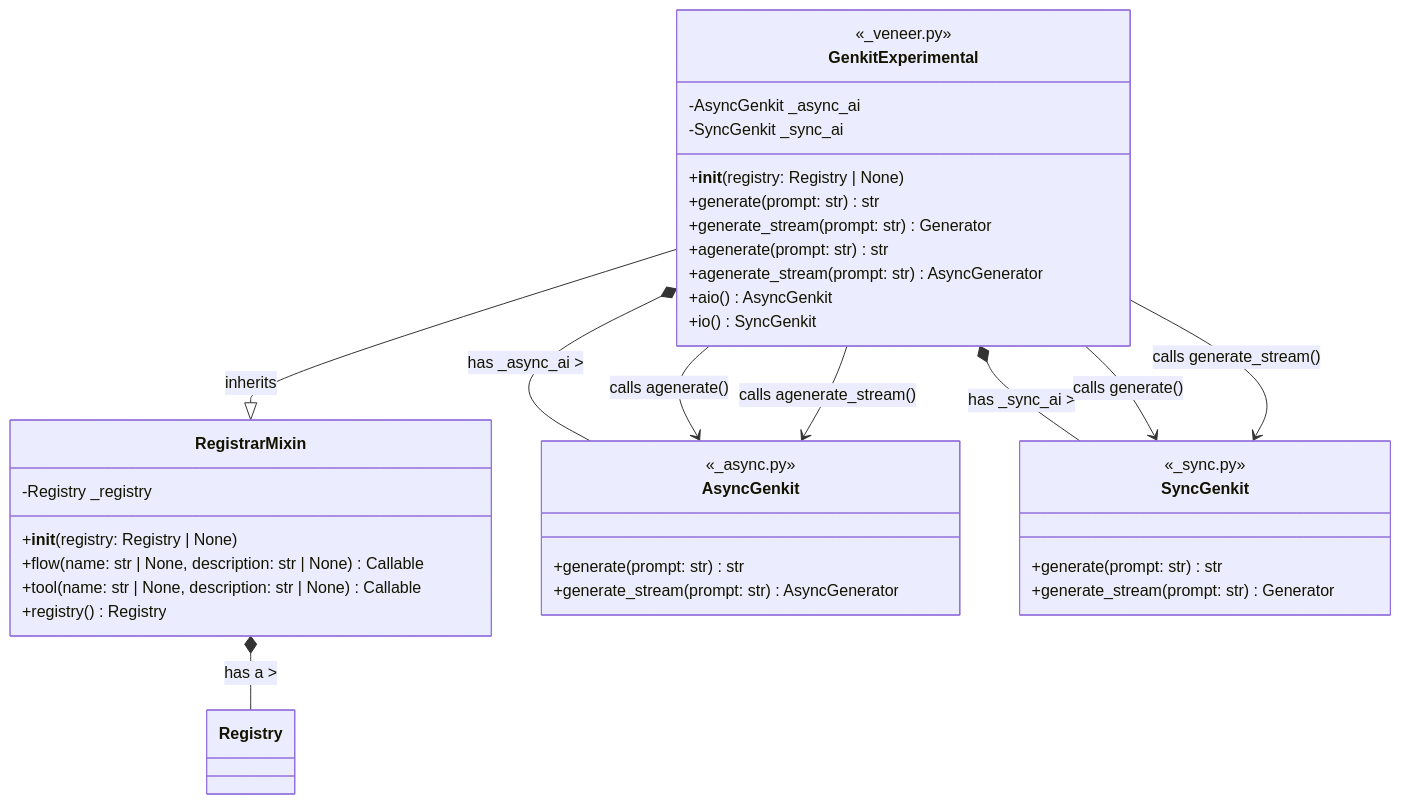
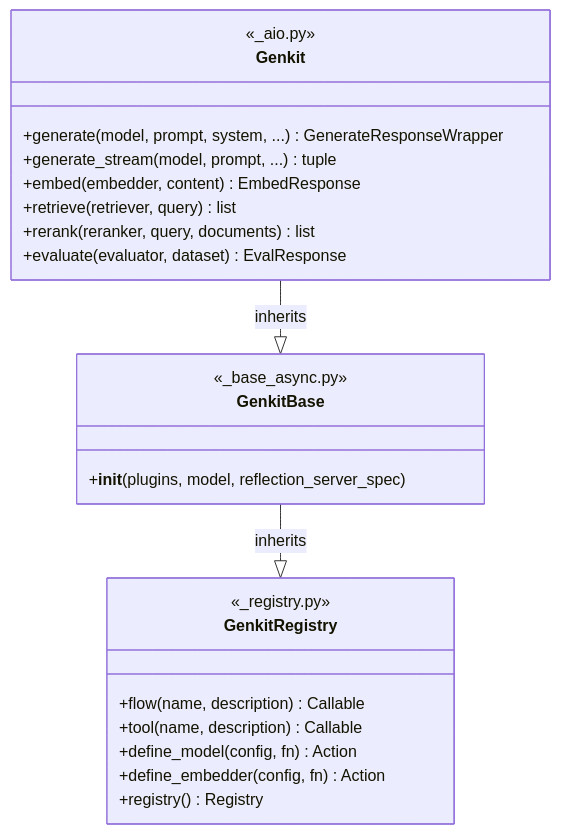
The diagram in engdoc/extending/api.md (genkit-ai/genkit-python), drawn with Mermaid before and after one commit. The commit also changed other lines of this file and 32 other files, not shown here.

````diff
--- a/engdoc/extending/api.md
+++ b/engdoc/extending/api.md
@@ -273,49 +192,29 @@
 ```mermaid
 classDiagram
-    class RegistrarMixin {
-        -Registry _registry
-        +__init__(registry: Registry | None)
-        +flow(name: str | None, description: str | None) Callable
-        +tool(name: str | None, description: str | None) Callable
+    class GenkitRegistry {
+        <<_registry.py>>
+        +flow(name, description) Callable
+        +tool(name, description) Callable
+        +define_model(config, fn) Action
+        +define_embedder(config, fn) Action
         +registry() Registry
     }
 
-    class Registry {
-        %% Placeholder for Registry type %%
+    class GenkitBase {
+        <<_base_async.py>>
+        +__init__(plugins, model, reflection_server_spec)
     }
 
-    class AsyncGenkit {
-        <<_async.py>>
-        +generate(prompt: str) str
-        +generate_stream(prompt: str) AsyncGenerator
+    class Genkit {
+        <<_aio.py>>
+        +generate(model, prompt, system, ...) GenerateResponseWrapper
+        +generate_stream(model, prompt, ...) tuple
+        +embed(embedder, content) EmbedResponse
+        +retrieve(retriever, query) list
+        +rerank(reranker, query, documents) list
+        +evaluate(evaluator, dataset) EvalResponse
     }
 
-    class SyncGenkit {
-        <<_sync.py>>
-        +generate(prompt: str) str
-        +generate_stream(prompt: str) Generator
-    }
-
-    class GenkitExperimental {
-        <<_veneer.py>>
-        -AsyncGenkit _async_ai
-        -SyncGenkit _sync_ai
-        +__init__(registry: Registry | None)
-        +generate(prompt: str) str
-        +generate_stream(prompt: str) Generator
-        +agenerate(prompt: str) str
-        +agenerate_stream(prompt: str) AsyncGenerator
-        +aio() AsyncGenkit
-        +io() SyncGenkit
-    }
-
-    RegistrarMixin *-- Registry : has a >
-    GenkitExperimental --|> RegistrarMixin : inherits
-    GenkitExperimental *-- AsyncGenkit : has _async_ai >
-    GenkitExperimental *-- SyncGenkit : has _sync_ai >
-
-    GenkitExperimental --> AsyncGenkit : calls agenerate()
-    GenkitExperimental --> AsyncGenkit : calls agenerate_stream()
-    GenkitExperimental --> SyncGenkit : calls generate()
-    GenkitExperimental --> SyncGenkit : calls generate_stream()
+    GenkitBase --|> GenkitRegistry : inherits
+    Genkit --|> GenkitBase : inherits
 ```
````
